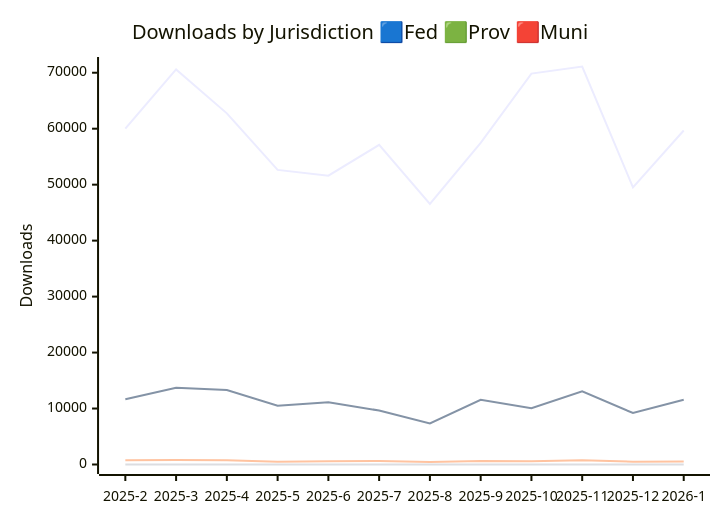
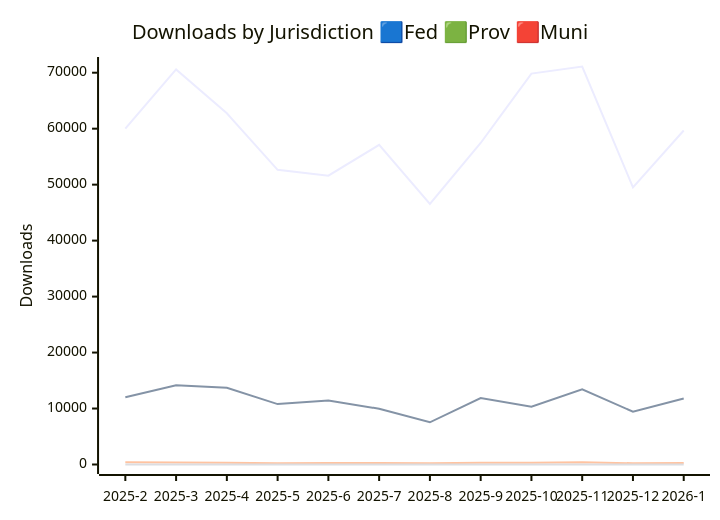
Before and after one commit to open-data/analytics-corporate-reporting: the first of 3 diagrams in JURISDICTION_ANALYTICS_REPORT/readme.md, drawn with Mermaid. The commit also changed other lines of this file and 3 other files, not shown here.

````diff
--- a/JURISDICTION_ANALYTICS_REPORT/readme.md
+++ b/JURISDICTION_ANALYTICS_REPORT/readme.md
@@ -13,11 +13,11 @@
 ```mermaid
 
 xychart-beta
     title "Downloads by Jurisdiction 🟦Fed 🟩Prov 🟥Muni"
     x-axis [2025-2, 2025-3, 2025-4, 2025-5, 2025-6, 2025-7, 2025-8, 2025-9, 2025-10, 2025-11, 2025-12, 2026-1]
-    y-axis "Downloads" 0 --> 71113
-    line [60018, 70585, 62741, 52642, 51605, 57106, 46551, 57459, 69851, 71103, 49525, 59679]
-    line [11658, 13724, 13301, 10501, 11132, 9642, 7331, 11555, 10045, 13063, 9197, 11563]
-    line [739, 813, 754, 512, 600, 611, 453, 641, 602, 770, 494, 525]
+    y-axis "Downloads" 0 --> 71109
+    line [60018, 70585, 62741, 52642, 51605, 57103, 46542, 57447, 69848, 71099, 49522, 59668]
+    line [11998, 14171, 13725, 10790, 11439, 9958, 7539, 11877, 10325, 13423, 9443, 11800]
+    line [390, 356, 325, 212, 271, 279, 234, 305, 313, 420, 224, 270]
     line [0, 0, 0, 0, 0, 0, 0, 0, 3, 2, 17, 6]
 ```
````
